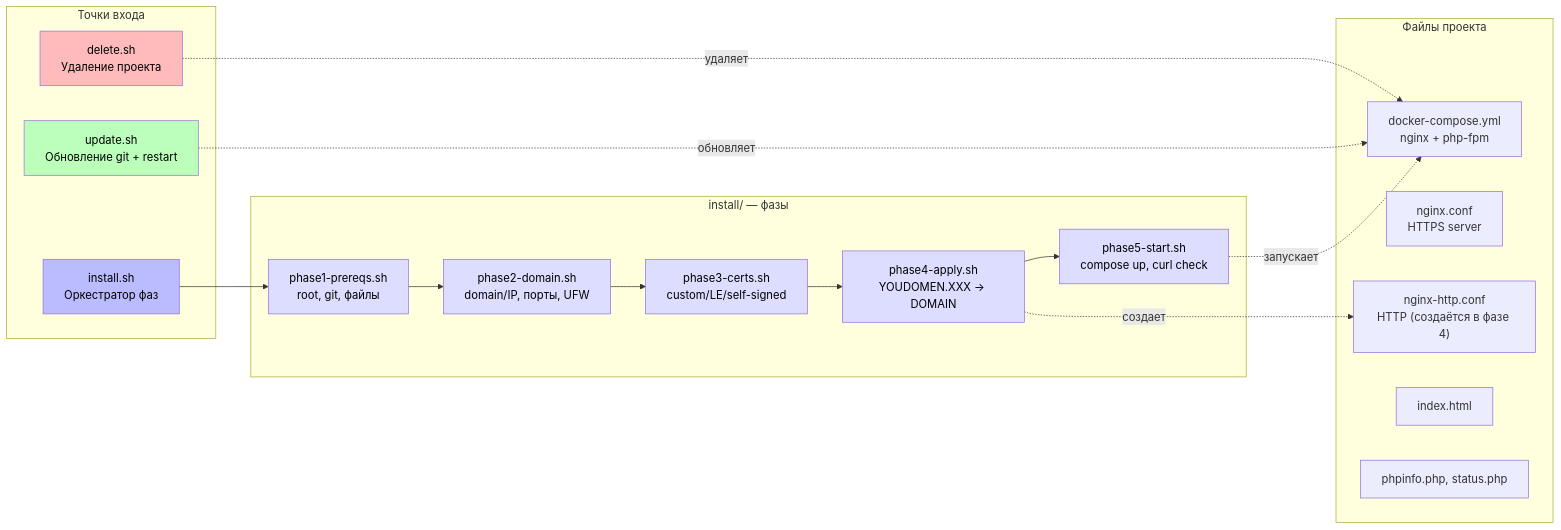
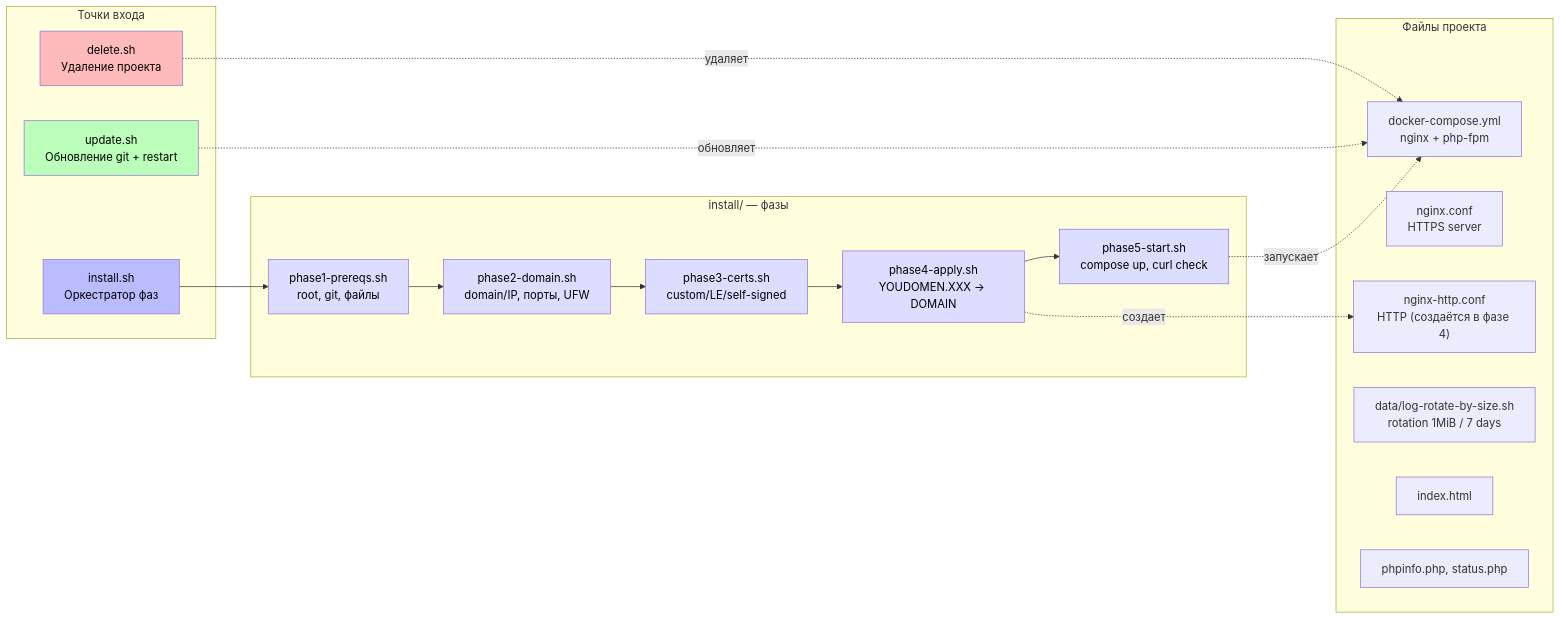
One commit to iqubik/myfakesite changed the tenth of 12 diagrams in docs/architecture.md. Above: the diagram before and after it, drawn with Mermaid. The commit also changed other lines of this file and 9 other files, not shown here.

````diff
--- a/docs/architecture.md
+++ b/docs/architecture.md
@@ -310,39 +339,40 @@
 ```mermaid
 graph LR
   subgraph ENTRY_POINTS [Точки входа]
     Install["install.sh\nОркестратор фаз"]
     Update["update.sh\nОбновление git + restart"]
     Delete["delete.sh\nУдаление проекта"]
   end
 
   subgraph INSTALL_PHASES [install/ — фазы]
     P1["phase1-prereqs.sh\nroot, git, файлы"]
     P2["phase2-domain.sh\ndomain/IP, порты, UFW"]
     P3["phase3-certs.sh\ncustom/LE/self-signed"]
     P4["phase4-apply.sh\nYOUDOMEN.XXX → DOMAIN"]
     P5["phase5-start.sh\ncompose up, curl check"]
   end
 
   subgraph PROJECT_FILES [Файлы проекта]
     DC["docker-compose.yml\nnginx + php-fpm"]
     NC["nginx.conf\nHTTPS server"]
     NC_HTTP["nginx-http.conf\nHTTP (создаётся в фазе 4)"]
+    LR["data/log-rotate-by-size.sh\nrotation 1MiB / 7 days"]
     IDX["index.html"]
     PHP["phpinfo.php, status.php"]
   end
 
   Install --> P1 --> P2 --> P3 --> P4 --> P5
   P4 -.->|создает| NC_HTTP
   P5 -.->|запускает| DC
   Update -.->|обновляет| DC
   Delete -.->|удаляет| DC
 
   style Install fill:#bbf,color:#000
   style Update fill:#bfb,color:#000
   style Delete fill:#fbb,color:#000
   style P1 fill:#ddf,color:#000
   style P2 fill:#ddf,color:#000
   style P3 fill:#ddf,color:#000
   style P4 fill:#ddf,color:#000
   style P5 fill:#ddf,color:#000
 ```
````
